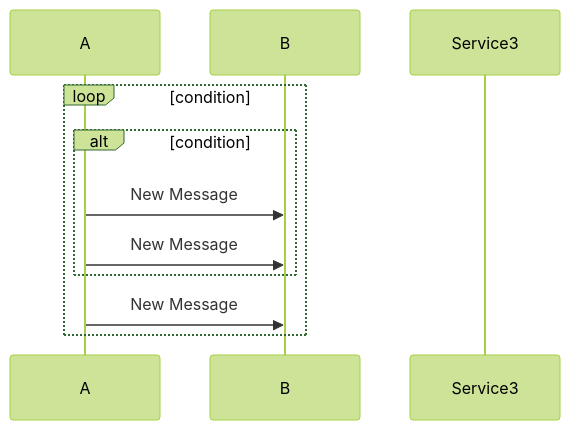
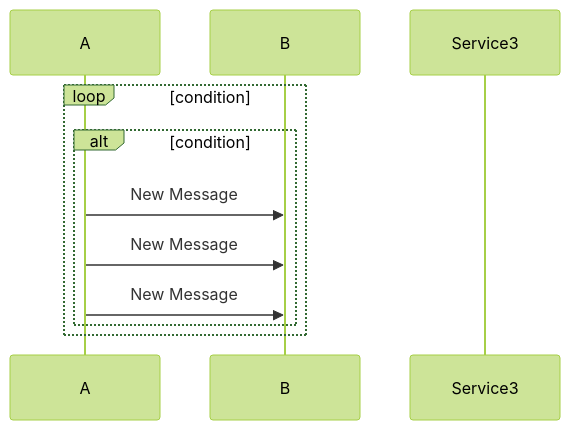
Before and after one commit to jiangxf76052186/aimermaid: the diagram in test.md, drawn with Mermaid (forest theme). The commit also changed 7 other files, not shown here.

````diff
--- a/test.md
+++ b/test.md
@@ -3,13 +3,13 @@
 ```mermaid
 sequenceDiagram
     participant A
     participant B
     participant Service3
     loop condition
         alt condition
             A->>B: New Message
             A->>B: New Message
+            A->>B: New Message
         end
-        A->>B: New Message
     end
 ```
````
